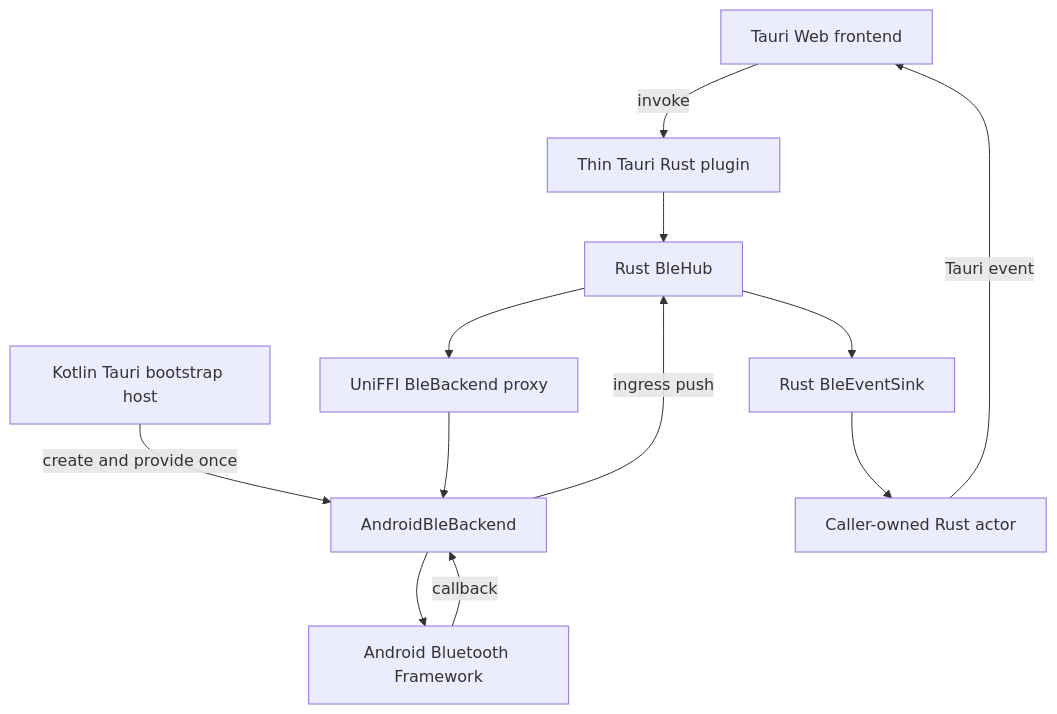
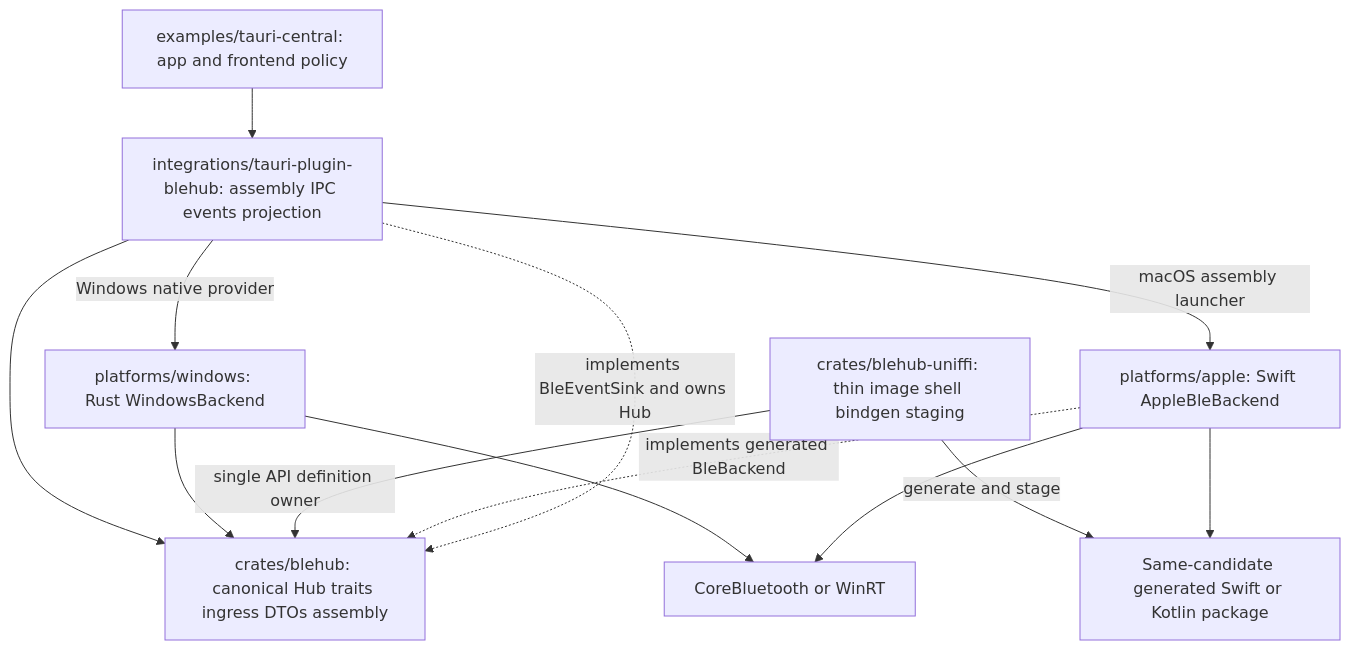
One commit to VIDLG/blengine changed the second of 11 diagrams in .plan/PLAN.md. Above: the diagram before and after it, drawn with Mermaid. The commit also changed other lines of this file and 297 other files, not shown here.

First line of the commit message:
chore: publish shared baseline for Windows and Mac main workflow

````diff
--- a/.plan/PLAN.md
+++ b/.plan/PLAN.md
@@ -607,24 +635,24 @@
 ```mermaid
 flowchart TB
-    Web[Tauri Web frontend]
-    Adapter[Thin Tauri Rust plugin]
-    Hub[Rust BleHub]
-    Proxy[UniFFI BleBackend proxy]
-    Host[Kotlin Tauri bootstrap host]
-    Backend[AndroidBleBackend]
-    Native[Android Bluetooth Framework]
-    Sink[Rust BleEventSink]
-    Actor[Caller-owned Rust actor]
+    Example[examples/tauri-central: app and frontend policy]
+    Plugin[integrations/tauri-plugin-blehub: assembly IPC events projection]
+    Core[crates/blehub: canonical Hub traits ingress DTOs assembly]
+    Shell[crates/blehub-uniffi: thin image shell bindgen staging]
+    Package[Same-candidate generated Swift or Kotlin package]
+    Apple[platforms/apple: Swift AppleBleBackend]
+    Windows[platforms/windows: Rust WindowsBackend]
+    Native[CoreBluetooth or WinRT]
 
-    Web -->|invoke| Adapter
-    Adapter --> Hub
-    Hub --> Proxy
-    Host -->|create and provide once| Backend
-    Proxy --> Backend
-    Backend --> Native
-    Native -->|callback| Backend
-    Backend -->|ingress push| Hub
-    Hub --> Sink
-    Sink --> Actor
-    Actor -->|Tauri event| Web
+    Example --> Plugin
+    Plugin --> Core
+    Plugin -->|Windows native provider| Windows
+    Plugin -->|macOS assembly launcher| Apple
+    Windows --> Core
+    Shell -->|single API definition owner| Core
+    Shell -->|generate and stage| Package
+    Apple --> Package
+    Windows --> Native
+    Apple --> Native
+    Apple -.->|implements generated BleBackend| Core
+    Plugin -.->|implements BleEventSink and owns Hub| Core
 ```
````
